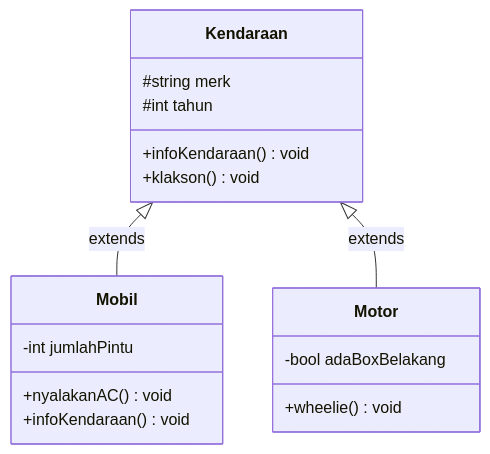
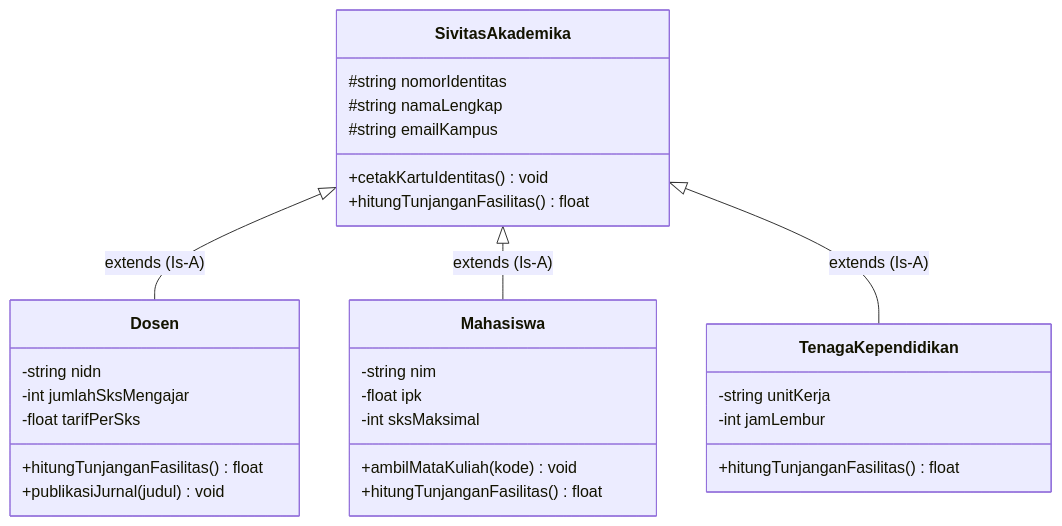
The first of 2 diagrams in docs/pemrograman-oop-php/inheritance.md (mahendaruui/Perkuliahan), drawn with Mermaid before and after one commit. The commit also changed other lines of this file and 3 other files, not shown here.

````diff
--- a/docs/pemrograman-oop-php/inheritance.md
+++ b/docs/pemrograman-oop-php/inheritance.md
@@ -18,20 +19,33 @@
 ```mermaid
 classDiagram
-    class Kendaraan {
-        #string merk
-        #int tahun
-        +infoKendaraan() void
-        +klakson() void
+    class SivitasAkademika {
+        #string nomorIdentitas
+        #string namaLengkap
+        #string emailKampus
+        +cetakKartuIdentitas() void
+        +hitungTunjanganFasilitas() float
     }
-    class Mobil {
-        -int jumlahPintu
-        +nyalakanAC() void
-        +infoKendaraan() void
+    class Dosen {
+        -string nidn
+        -int jumlahSksMengajar
+        -float tarifPerSks
+        +hitungTunjanganFasilitas() float
+        +publikasiJurnal(judul) void
     }
-    class Motor {
-        -bool adaBoxBelakang
-        +wheelie() void
+    class Mahasiswa {
+        -string nim
+        -float ipk
+        -int sksMaksimal
+        +ambilMataKuliah(kode) void
+        +hitungTunjanganFasilitas() float
     }
-    Kendaraan <|-- Mobil : extends
-    Kendaraan <|-- Motor : extends
+    class TenagaKependidikan {
+        -string unitKerja
+        -int jamLembur
+        +hitungTunjanganFasilitas() float
+    }
+
+    SivitasAkademika <|-- Dosen : extends (Is-A)
+    SivitasAkademika <|-- Mahasiswa : extends (Is-A)
+    SivitasAkademika <|-- TenagaKependidikan : extends (Is-A)
 ```
````
